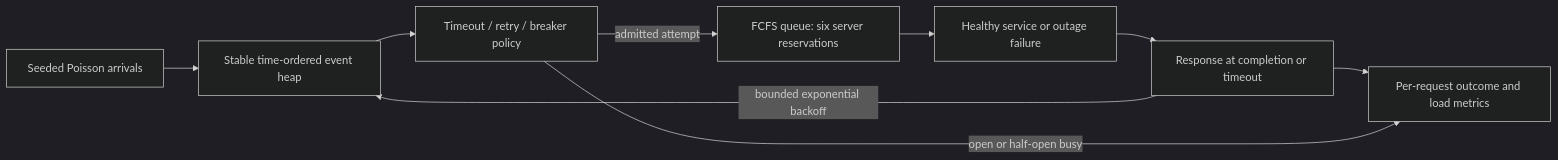
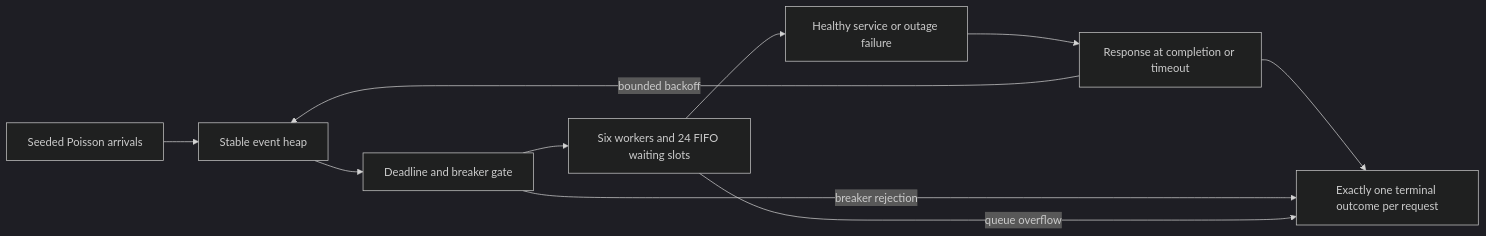
Before and after one commit to cinfante7/service-reliability-lab: the diagram in docs/architecture.md, drawn with Mermaid (dark theme). The commit also changed other lines of this file and 25 other files, not shown here.

````diff
--- a/docs/architecture.md
+++ b/docs/architecture.md
@@ -3,11 +3,12 @@
 ```mermaid
 flowchart LR
-  A[Seeded Poisson arrivals] --> E[Stable time-ordered event heap]
-  E --> P[Timeout / retry / breaker policy]
-  P -->|admitted attempt| Q[FCFS queue: six server reservations]
+  A[Seeded Poisson arrivals] --> E[Stable event heap]
+  E --> P[Deadline and breaker gate]
+  P --> Q[Six workers and 24 FIFO waiting slots]
   Q --> D[Healthy service or outage failure]
   D --> R[Response at completion or timeout]
-  R -->|bounded exponential backoff| E
-  R --> M[Per-request outcome and load metrics]
-  P -->|open or half-open busy| M
+  R -->|bounded backoff| E
+  R --> M[Exactly one terminal outcome per request]
+  P -->|breaker rejection| M
+  Q -->|queue overflow| M
 ```
````
